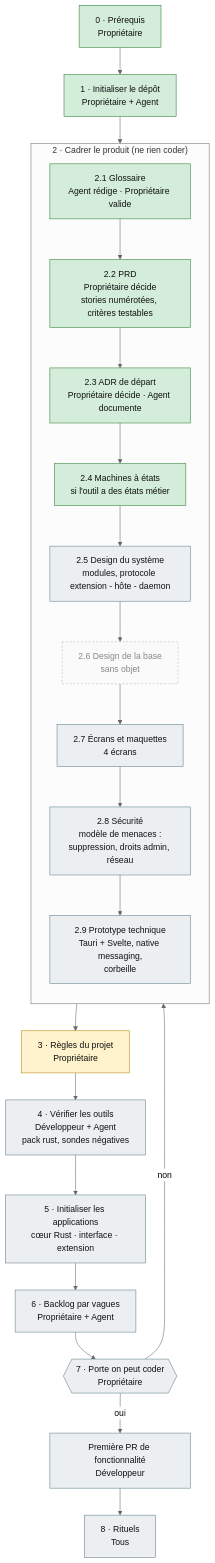
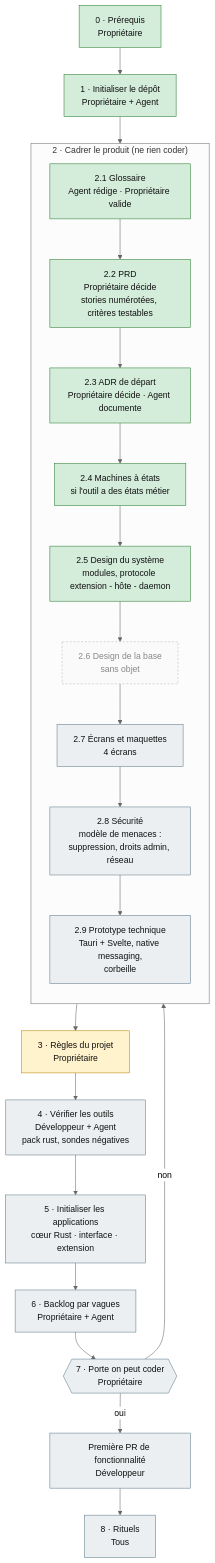
The diagram in docs/parcours.md (AresGn/Breathly), drawn with Mermaid (neutral theme) before and after one commit. The commit also changed other lines of this file and 6 other files, not shown here.

Commit message:
docs: design du système (étape 2.5) et prototype du graphe de dépendances (#11)

````diff
--- a/docs/parcours.md
+++ b/docs/parcours.md
@@ -21,35 +21,35 @@
 ```mermaid
 flowchart TD
     A0["0 · Prérequis<br/>Propriétaire"] --> A1["1 · Initialiser le dépôt<br/>Propriétaire + Agent"]
     A1 --> B
 
     subgraph B["2 · Cadrer le produit (ne rien coder)"]
         direction TB
         B1["2.1 Glossaire<br/>Agent rédige · Propriétaire valide"] --> B2["2.2 PRD<br/>Propriétaire décide<br/>stories numérotées, critères testables"]
         B2 --> B3["2.3 ADR de départ<br/>Propriétaire décide · Agent documente"]
         B3 --> B4["2.4 Machines à états<br/>si l'outil a des états métier"]
         B4 --> B5["2.5 Design du système<br/>modules, protocole extension - hôte - daemon"]
         B5 --> B6["2.6 Design de la base<br/>sans objet"]
         B6 --> B7["2.7 Écrans et maquettes<br/>4 écrans"]
         B7 --> B8["2.8 Sécurité<br/>modèle de menaces :<br/>suppression, droits admin, réseau"]
         B8 --> B9["2.9 Prototype technique<br/>Tauri + Svelte, native messaging,<br/>corbeille"]
     end
 
     B --> C["3 · Règles du projet<br/>Propriétaire"]
     C --> D["4 · Vérifier les outils<br/>Développeur + Agent<br/>pack rust, sondes négatives"]
     D --> E["5 · Initialiser les applications<br/>cœur Rust · interface · extension"]
     E --> F["6 · Backlog par vagues<br/>Propriétaire + Agent"]
     F --> G{{"7 · Porte on peut coder<br/>Propriétaire"}}
     G -- non --> B
     G -- oui --> H["Première PR de fonctionnalité<br/>Développeur"]
     H --> I["8 · Rituels<br/>Tous"]
 
     classDef done fill:#d4edda,stroke:#2e7d32,color:#111
     classDef progress fill:#fff3cd,stroke:#b8860b,color:#111
     classDef todo fill:#eceff1,stroke:#607d8b,color:#111
     classDef na fill:#fafafa,stroke:#bbb,stroke-dasharray: 4 3,color:#888
-    class A0,A1,B1,B2,B3,B4 done
+    class A0,A1,B1,B2,B3,B4,B5 done
     class C progress
-    class B5,B7,B8,B9,D,E,F,G,H,I todo
+    class B7,B8,B9,D,E,F,G,H,I todo
     class B6 na
 ```
````
